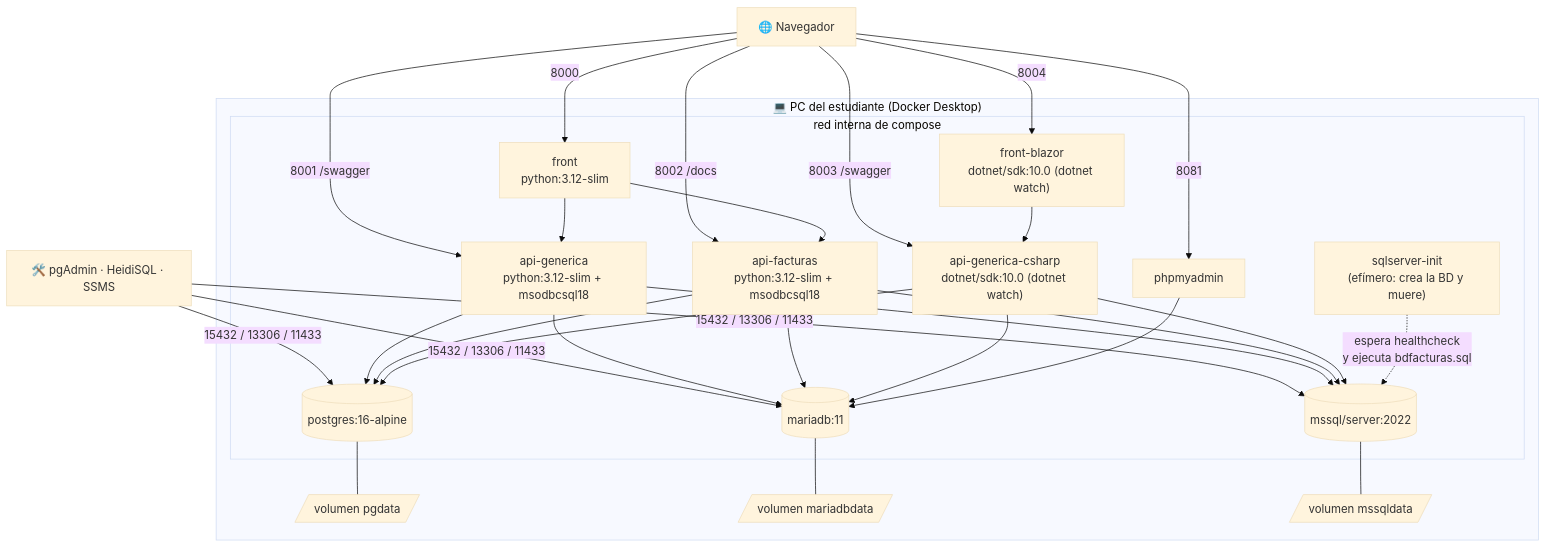
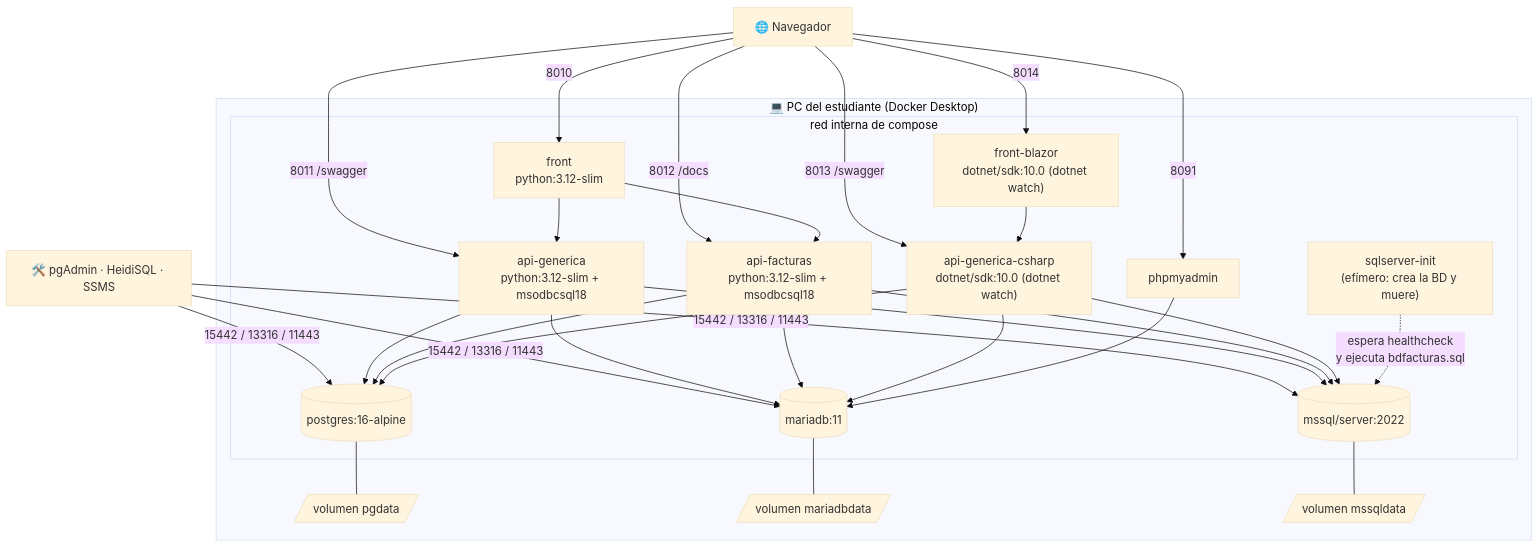
The eighth of 8 diagrams in README.md (ccastro2050/proyecto_construccion1), drawn with Mermaid (base theme) before and after one commit. The commit also changed other lines of this file and 60 other files, not shown here.

````diff
--- a/README.md
+++ b/README.md
@@ -395,38 +395,38 @@
 ```mermaid
 flowchart TB
     subgraph HOST["💻 PC del estudiante (Docker Desktop)"]
         subgraph NET["red interna de compose"]
             F["front<br/>python:3.12-slim"]
             G["api-generica<br/>python:3.12-slim + msodbcsql18"]
             FA["api-facturas<br/>python:3.12-slim + msodbcsql18"]
             CS["api-generica-csharp<br/>dotnet/sdk:10.0 (dotnet watch)"]
             FB["front-blazor<br/>dotnet/sdk:10.0 (dotnet watch)"]
             P[("postgres:16-alpine")]
             M[("mariadb:11")]
             S[("mssql/server:2022")]
             INIT["sqlserver-init<br/>(efímero: crea la BD y muere)"]
             PMA["phpmyadmin"]
         end
         V1[/"volumen pgdata"/]
         V2[/"volumen mariadbdata"/]
         V3[/"volumen mssqldata"/]
     end
 
-    B["🌐 Navegador"] -->|8000| F
-    B -->|8001 /swagger| G
-    B -->|8002 /docs| FA
-    B -->|8003 /swagger| CS
-    B -->|8004| FB
-    B -->|8081| PMA
-    HERR["🛠️ pgAdmin · HeidiSQL · SSMS"] -->|15432 / 13306 / 11433| P & M & S
+    B["🌐 Navegador"] -->|8010| F
+    B -->|8011 /swagger| G
+    B -->|8012 /docs| FA
+    B -->|8013 /swagger| CS
+    B -->|8014| FB
+    B -->|8091| PMA
+    HERR["🛠️ pgAdmin · HeidiSQL · SSMS"] -->|15442 / 13316 / 11443| P & M & S
 
     F --> G & FA
     FB --> CS
     G & FA --> P & M & S
     CS --> P & M & S
     INIT -.->|"espera healthcheck<br/>y ejecuta bdfacturas.sql"| S
     PMA --> M
     P --- V1
     M --- V2
     S --- V3
 ```
````
